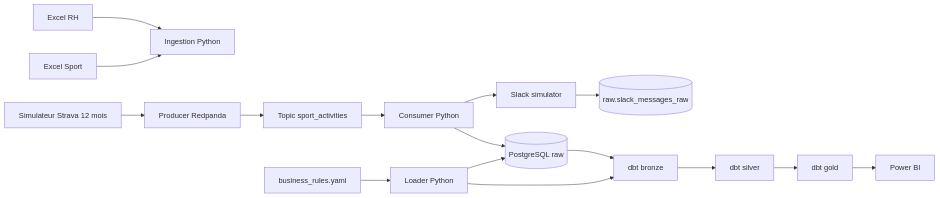
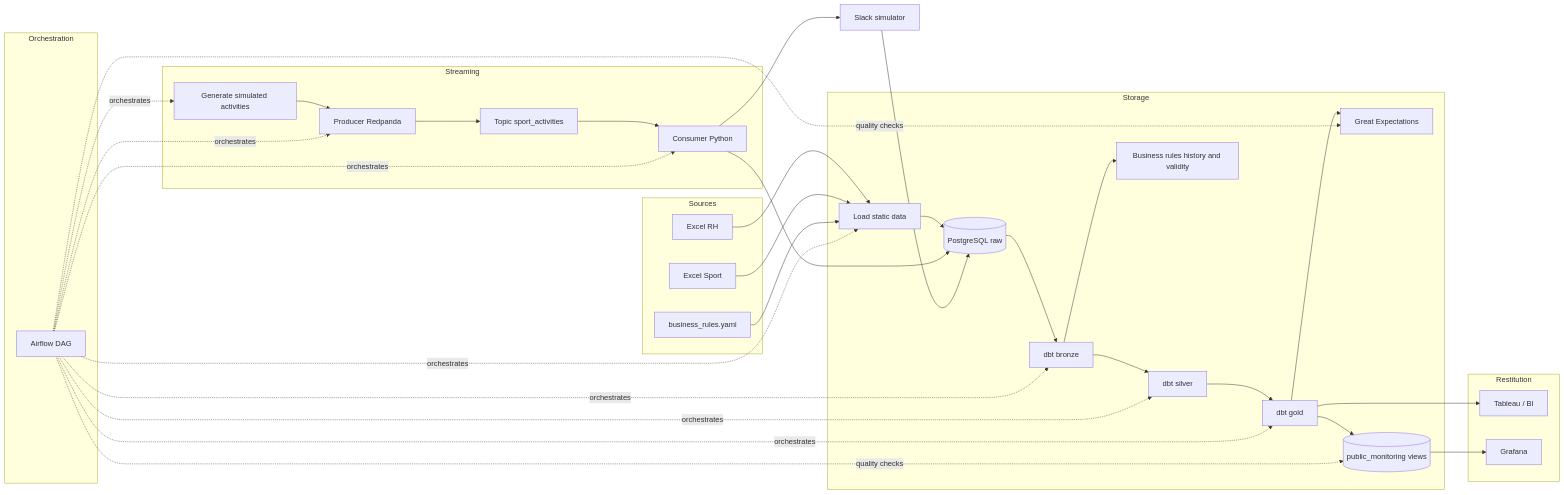
The diagram in README.md (alhassane-lab/p12-de), drawn with Mermaid before and after one commit. The commit also changed other lines of this file and 129 other files, not shown here.

Commit message:
maj schema

````diff
--- a/README.md
+++ b/README.md
@@ -17,18 +17,60 @@
 ```mermaid
 flowchart LR
-    A[Excel RH] --> B[Ingestion Python]
-    A2[Excel Sport] --> B
-    C[Simulateur Strava 12 mois] --> D[Producer Redpanda]
-    D --> E[Topic sport_activities]
-    E --> F[Consumer Python]
-    F --> G[(PostgreSQL raw)]
-    F --> H[Slack simulator]
-    H --> I[(raw.slack_messages_raw)]
-    G --> J[dbt bronze]
-    J --> K[dbt silver]
-    K --> L[dbt gold]
-    L --> M[Power BI]
-    N[business_rules.yaml] --> O[Loader Python]
-    O --> G
-    O --> J
+    subgraph Sources
+        A[Excel RH]
+        A2[Excel Sport]
+        A3[business_rules.yaml]
+    end
+
+    subgraph Orchestration
+        O[Airflow DAG]
+    end
+
+    subgraph Streaming
+        R[Generate simulated activities]
+        S[Producer Redpanda]
+        T[Topic sport_activities]
+        U[Consumer Python]
+    end
+
+    subgraph Storage
+        B[Load static data]
+        C[(PostgreSQL raw)]
+        D[dbt bronze]
+        E[dbt silver]
+        F[dbt gold]
+        F2[Great Expectations]
+        G[Business rules history and validity]
+        H[(public_monitoring views)]
+    end
+
+    subgraph Restitution
+        I[Tableau / BI]
+        J[Grafana]
+    end
+
+    A --> B
+    A2 --> B
+    A3 --> B
+    B --> C
+
+    R --> S --> T --> U --> C
+    U --> K[Slack simulator] --> C
+
+    C --> D --> E --> F
+    F --> F2
+    D --> G
+    F --> I
+    F --> H
+    H --> J
+
+    O -. orchestrates .-> B
+    O -. orchestrates .-> R
+    O -. orchestrates .-> S
+    O -. orchestrates .-> U
+    O -. orchestrates .-> D
+    O -. orchestrates .-> E
+    O -. orchestrates .-> F
+    O -. quality checks .-> F2
+    O -. quality checks .-> H
 ```
````
